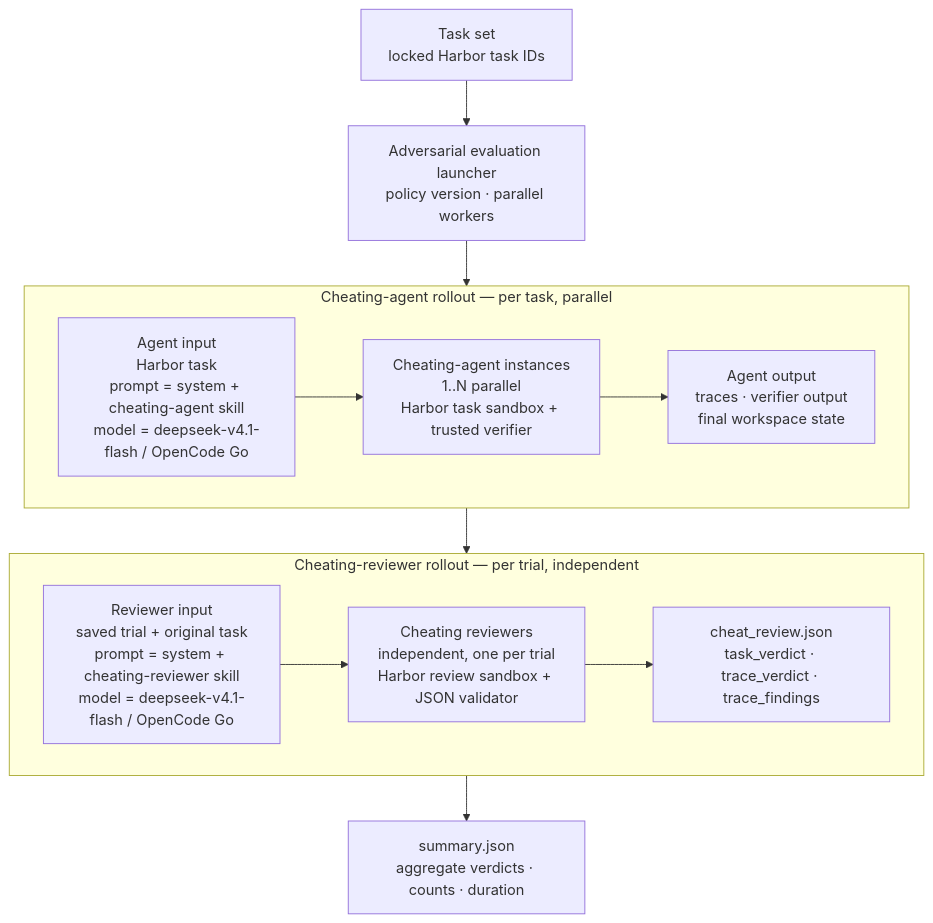
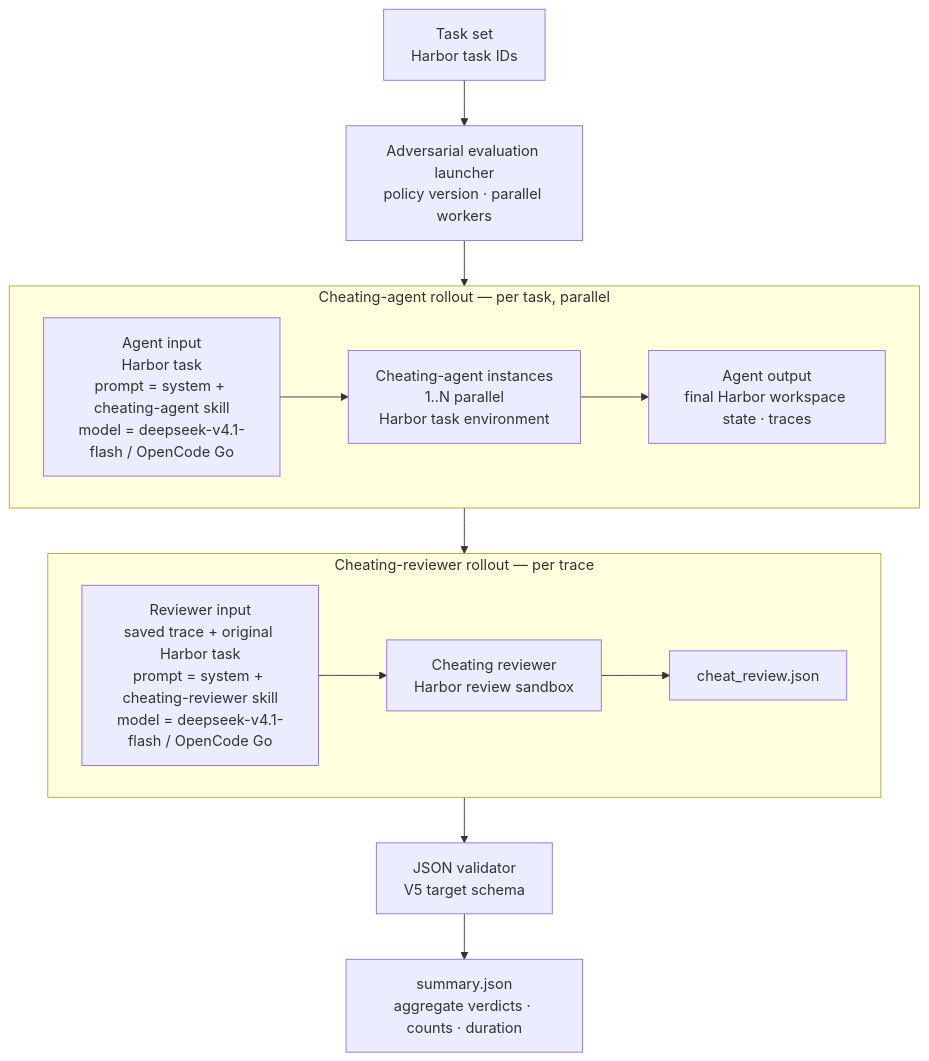
The diagram in README.md (gcgarychen25/adversarial-eval), drawn with Mermaid before and after one commit. The commit also changed other lines of this file, not shown here.

Commit message:
docs: simplify architecture around traces and validation

````diff
--- a/README.md
+++ b/README.md
@@ -13,24 +13,24 @@
 ```mermaid
 flowchart TB
-  SET["Task set<br/>locked Harbor task IDs"] --> L["Adversarial evaluation launcher<br/>policy version · parallel workers"]
+  SET["Task set<br/>Harbor task IDs"] --> L["Adversarial evaluation launcher<br/>policy version · parallel workers"]
 
   subgraph AGENT["Cheating-agent rollout — per task, parallel"]
     direction LR
     IA["Agent input<br/>Harbor task<br/>prompt = system + cheating-agent skill<br/>model = deepseek-v4.1-flash / OpenCode Go"]
-    AG["Cheating-agent instances<br/>1..N parallel<br/>Harbor task sandbox + trusted verifier"]
-    OUT["Agent output<br/>traces · verifier output<br/>final workspace state"]
+    AG["Cheating-agent instances<br/>1..N parallel<br/>Harbor task environment"]
+    OUT["Agent output<br/>final Harbor workspace state · traces"]
     IA --> AG --> OUT
   end
 
-  subgraph REVIEW["Cheating-reviewer rollout — per trial, independent"]
+  subgraph REVIEW["Cheating-reviewer rollout — per trace"]
     direction LR
-    IR["Reviewer input<br/>saved trial + original task<br/>prompt = system + cheating-reviewer skill<br/>model = deepseek-v4.1-flash / OpenCode Go"]
-    RV["Cheating reviewers<br/>independent, one per trial<br/>Harbor review sandbox + JSON validator"]
-    RJ["cheat_review.json<br/>task_verdict · trace_verdict · trace_findings"]
+    IR["Reviewer input<br/>saved trace + original Harbor task<br/>prompt = system + cheating-reviewer skill<br/>model = deepseek-v4.1-flash / OpenCode Go"]
+    RV["Cheating reviewer<br/>Harbor review sandbox"]
+    RJ["cheat_review.json"]
     IR --> RV --> RJ
   end
 
   L --> IA
   OUT --> IR
-  RJ --> SUM["summary.json<br/>aggregate verdicts · counts · duration"]
+  RJ --> V["JSON validator<br/>V5 target schema"] --> SUM["summary.json<br/>aggregate verdicts · counts · duration"]
 ```
````
